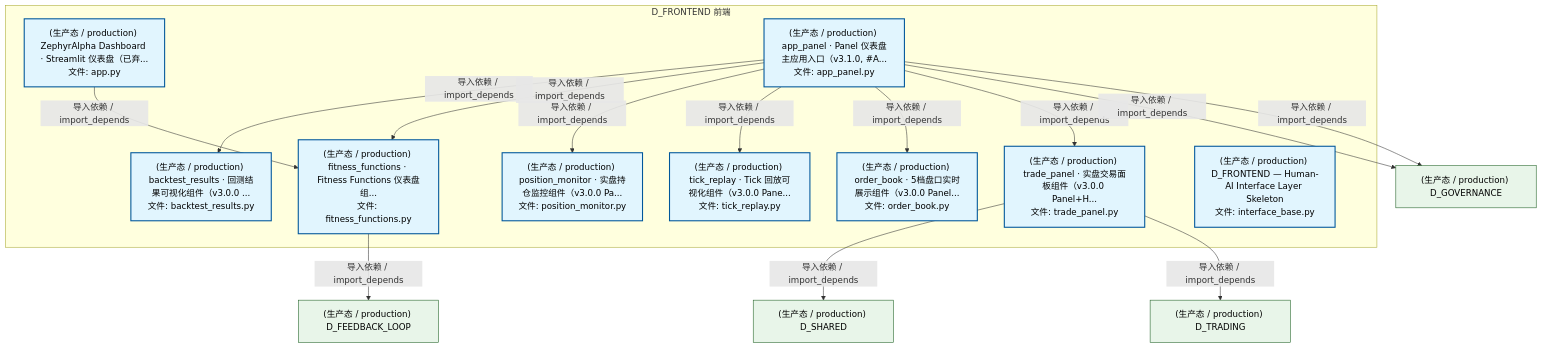
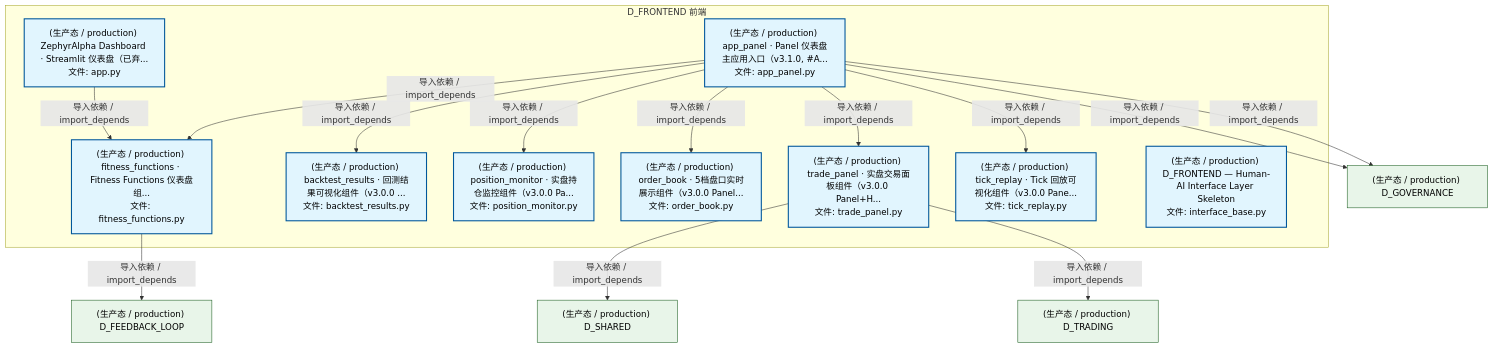
The second of 5 diagrams in docs/02_enterprise_architecture/02_domain_architecture_docs/15_d_frontend.md (xuanFelixVan/ZephyrAlpha), drawn with Mermaid before and after one commit. The commit also changed other lines of this file and 103 other files, not shown here.

````diff
--- a/docs/02_enterprise_architecture/02_domain_architecture_docs/15_d_frontend.md
+++ b/docs/02_enterprise_architecture/02_domain_architecture_docs/15_d_frontend.md
@@ -165,36 +165,36 @@
 ```mermaid
 graph TD
     subgraph D_FRONTEND["D_FRONTEND 前端"]
         src_zephyr_frontend_dashboard_app_py["(生产态 / production) ZephyrAlpha Dashboard · Streamlit 仪表盘（已弃...<br/>文件: app.py"]
         src_zephyr_frontend_dashboard_app_panel_py["(生产态 / production) app_panel · Panel 仪表盘主应用入口（v3.1.0, #A...<br/>文件: app_panel.py"]
         src_zephyr_frontend_dashboard_components_backtest_results_py["(生产态 / production) backtest_results · 回测结果可视化组件（v3.0.0 ...<br/>文件: backtest_results.py"]
         src_zephyr_frontend_dashboard_components_fitness_functions_py["(生产态 / production) fitness_functions · Fitness Functions 仪表盘组...<br/>文件: fitness_functions.py"]
         src_zephyr_frontend_dashboard_components_order_book_py["(生产态 / production) order_book · 5档盘口实时展示组件（v3.0.0 Panel...<br/>文件: order_book.py"]
         src_zephyr_frontend_dashboard_components_position_monitor_py["(生产态 / production) position_monitor · 实盘持仓监控组件（v3.0.0 Pa...<br/>文件: position_monitor.py"]
         src_zephyr_frontend_dashboard_components_tick_replay_py["(生产态 / production) tick_replay · Tick 回放可视化组件（v3.0.0 Pane...<br/>文件: tick_replay.py"]
         src_zephyr_frontend_dashboard_components_trade_panel_py["(生产态 / production) trade_panel · 实盘交易面板组件（v3.0.0 Panel+H...<br/>文件: trade_panel.py"]
         src_zephyr_frontend_interface_base_py["(生产态 / production) D_FRONTEND — Human-AI Interface Layer Skeleton<br/>文件: interface_base.py"]
     end
+    src_zephyr_frontend_dashboard_app_py -->|导入依赖 / import_depends| src_zephyr_frontend_dashboard_components_fitness_functions_py
+    src_zephyr_frontend_dashboard_app_panel_py -->|导入依赖 / import_depends| src_zephyr_frontend_dashboard_components_fitness_functions_py
     src_zephyr_frontend_dashboard_app_panel_py -->|导入依赖 / import_depends| src_zephyr_frontend_dashboard_components_backtest_results_py
-    src_zephyr_frontend_dashboard_app_panel_py -->|导入依赖 / import_depends| src_zephyr_frontend_dashboard_components_fitness_functions_py
     src_zephyr_frontend_dashboard_app_panel_py -->|导入依赖 / import_depends| src_zephyr_frontend_dashboard_components_position_monitor_py
-    src_zephyr_frontend_dashboard_app_panel_py -->|导入依赖 / import_depends| src_zephyr_frontend_dashboard_components_tick_replay_py
     src_zephyr_frontend_dashboard_app_panel_py -->|导入依赖 / import_depends| src_zephyr_frontend_dashboard_components_order_book_py
     src_zephyr_frontend_dashboard_app_panel_py -->|导入依赖 / import_depends| src_zephyr_frontend_dashboard_components_trade_panel_py
-    src_zephyr_frontend_dashboard_app_py -->|导入依赖 / import_depends| src_zephyr_frontend_dashboard_components_fitness_functions_py
+    src_zephyr_frontend_dashboard_app_panel_py -->|导入依赖 / import_depends| src_zephyr_frontend_dashboard_components_tick_replay_py
     D_GOVERNANCE["(生产态 / production) D_GOVERNANCE"]
     src_zephyr_frontend_dashboard_app_panel_py -->|导入依赖 / import_depends| D_GOVERNANCE
     D_FEEDBACK_LOOP["(生产态 / production) D_FEEDBACK_LOOP"]
     src_zephyr_frontend_dashboard_components_fitness_functions_py -->|导入依赖 / import_depends| D_FEEDBACK_LOOP
     D_SHARED["(生产态 / production) D_SHARED"]
     src_zephyr_frontend_dashboard_components_trade_panel_py -->|导入依赖 / import_depends| D_SHARED
     src_zephyr_frontend_dashboard_app_panel_py -->|导入依赖 / import_depends| D_GOVERNANCE
     D_TRADING["(生产态 / production) D_TRADING"]
     src_zephyr_frontend_dashboard_components_trade_panel_py -->|导入依赖 / import_depends| D_TRADING
     classDef production fill:#e1f5fe,stroke:#01579b,stroke-width:2px,color:#000
     classDef design fill:#fff3e0,stroke:#e65100,stroke-width:2px,color:#000,stroke-dasharray: 5 5
     classDef external_prod fill:#e8f5e9,stroke:#1b5e20,stroke-width:1px,color:#000
     classDef external_design fill:#fce4ec,stroke:#880e4f,stroke-width:1px,color:#000,stroke-dasharray: 5 5
     class src_zephyr_frontend_dashboard_app_py,src_zephyr_frontend_dashboard_app_panel_py,src_zephyr_frontend_dashboard_components_backtest_results_py,src_zephyr_frontend_dashboard_components_fitness_functions_py,src_zephyr_frontend_dashboard_components_order_book_py,src_zephyr_frontend_dashboard_components_position_monitor_py,src_zephyr_frontend_dashboard_components_tick_replay_py,src_zephyr_frontend_dashboard_components_trade_panel_py,src_zephyr_frontend_interface_base_py production
     class D_GOVERNANCE,D_FEEDBACK_LOOP,D_SHARED,D_TRADING external_prod
 ```
````
